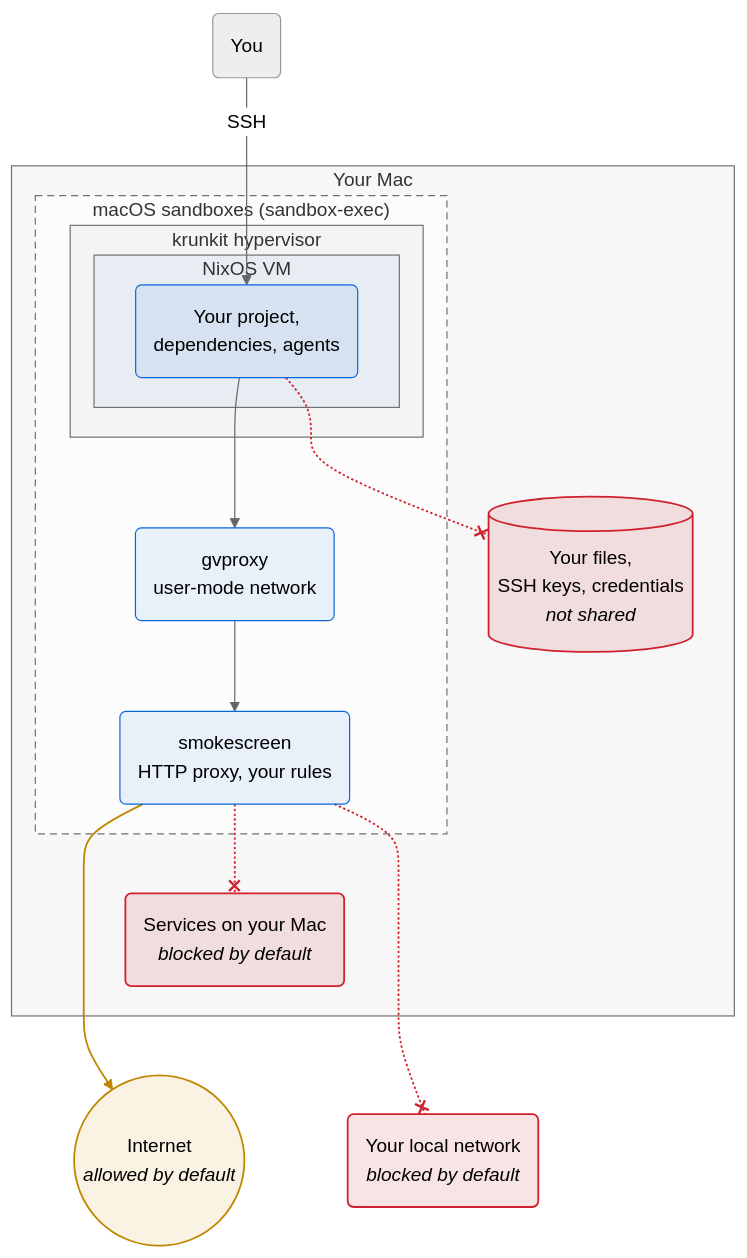
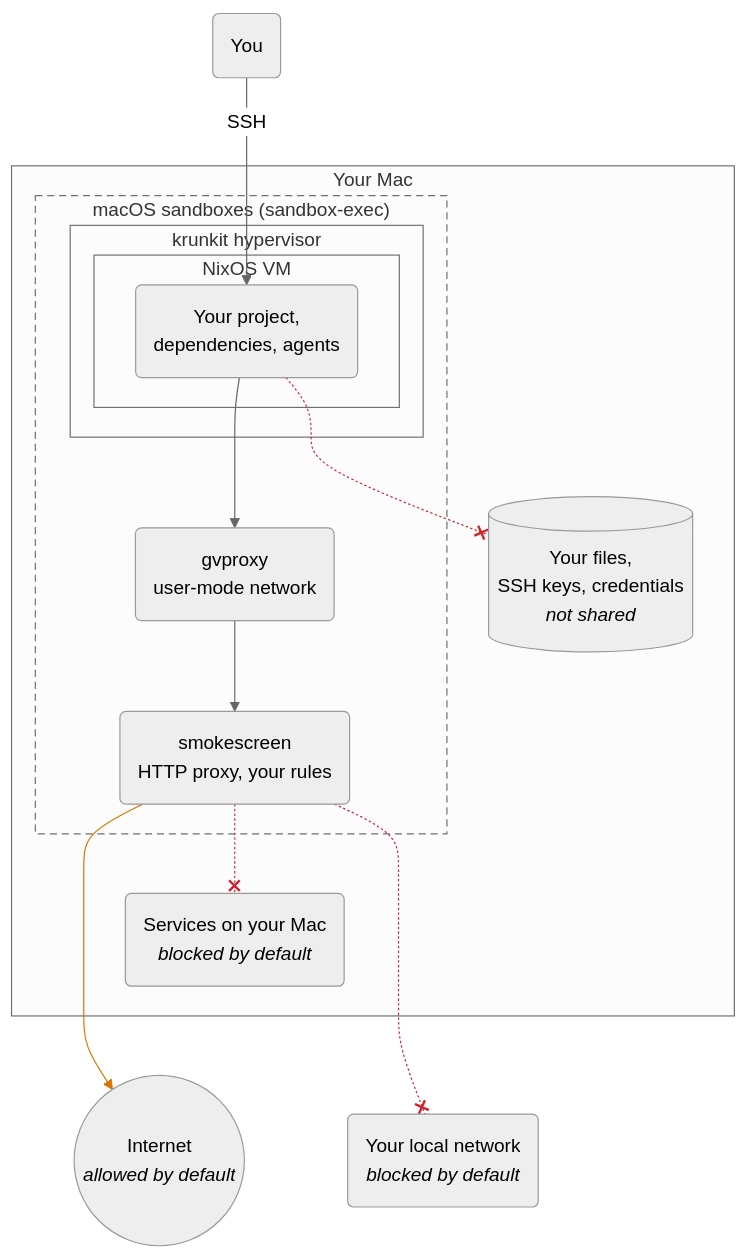
One commit to jengdal/devenv-sandbox-vm changed the diagram in README.md. Above: the diagram before and after it, drawn with Mermaid (neutral theme).

Commit message:
Do less styling

````diff
--- a/README.md
+++ b/README.md
@@ -23,46 +23,37 @@
 ```mermaid
 ---
 config:
   flowchart:
     curve: basis
 ---
 flowchart TB
   you("You")
   subgraph mac["Your Mac"]
     subgraph sandboxes["macOS sandboxes (sandbox-exec)"]
       subgraph krunkit["krunkit hypervisor"]
         subgraph vm["NixOS VM"]
           agent("Your project,<br/>dependencies, agents")
         end
       end
       gvproxy("gvproxy<br/>user-mode network")
       proxy("smokescreen<br/>HTTP proxy, your rules")
     end
     files[("Your files,<br/>SSH keys, credentials<br/><i>not shared</i>")]
     hostsvc("Services on your Mac<br/><i>blocked by default</i>")
   end
   internet(("Internet<br/><i>allowed by default</i>"))
   lan("Your local network<br/><i>blocked by default</i>")
 
   you -- "SSH" --> agent
   agent --> gvproxy --> proxy
   proxy -.-x hostsvc
   proxy -.-x lan
   agent -.-x files
   proxy --> internet
-  linkStyle 3,4,5 stroke:#cf222e,stroke-width:1.5px
-  linkStyle 6 stroke:#bf8700,stroke-width:1.5px
+  linkStyle 3,4,5 stroke:#cf222e
+  linkStyle 6 stroke:#d97706
   hostsvc ~~~ internet
   hostsvc ~~~ lan
 
-  classDef caution fill:#d299221f,stroke:#bf8700,stroke-width:1.5px
-  classDef blocked fill:#cf222e1f,stroke:#cf222e,stroke-width:1.5px
-  classDef part fill:#0969da14,stroke:#0969da
-  class internet caution
-  class hostsvc,lan,files blocked
-  class agent,gvproxy,proxy part
-  style mac fill:#8881
   style sandboxes stroke-dasharray:6 4
-  style krunkit fill:#8881
-  style vm fill:#0969da0d
 ```
````
